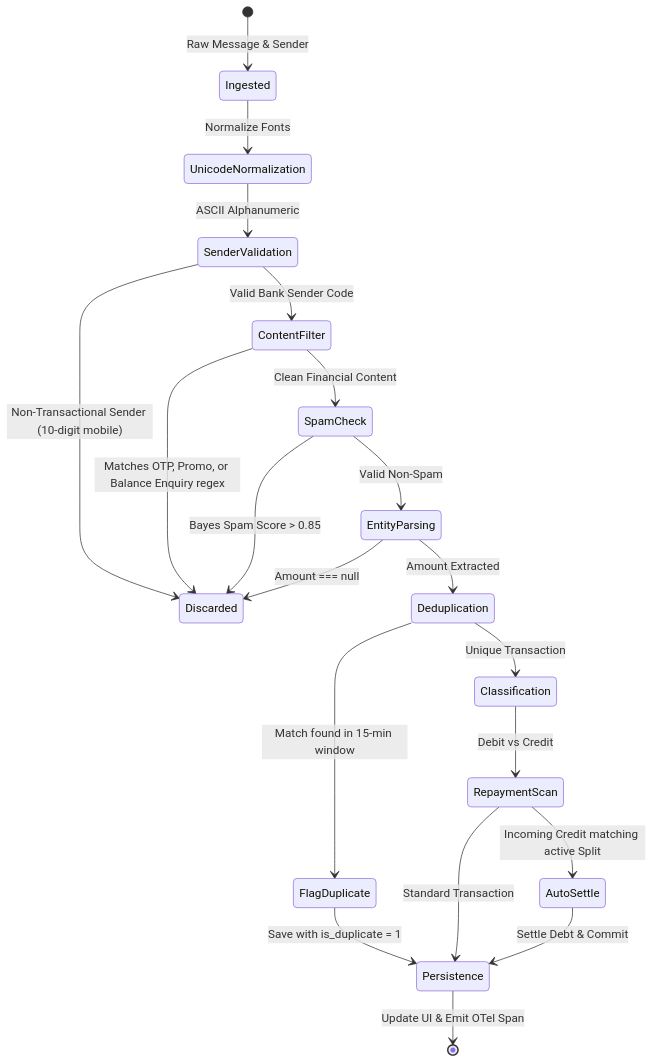
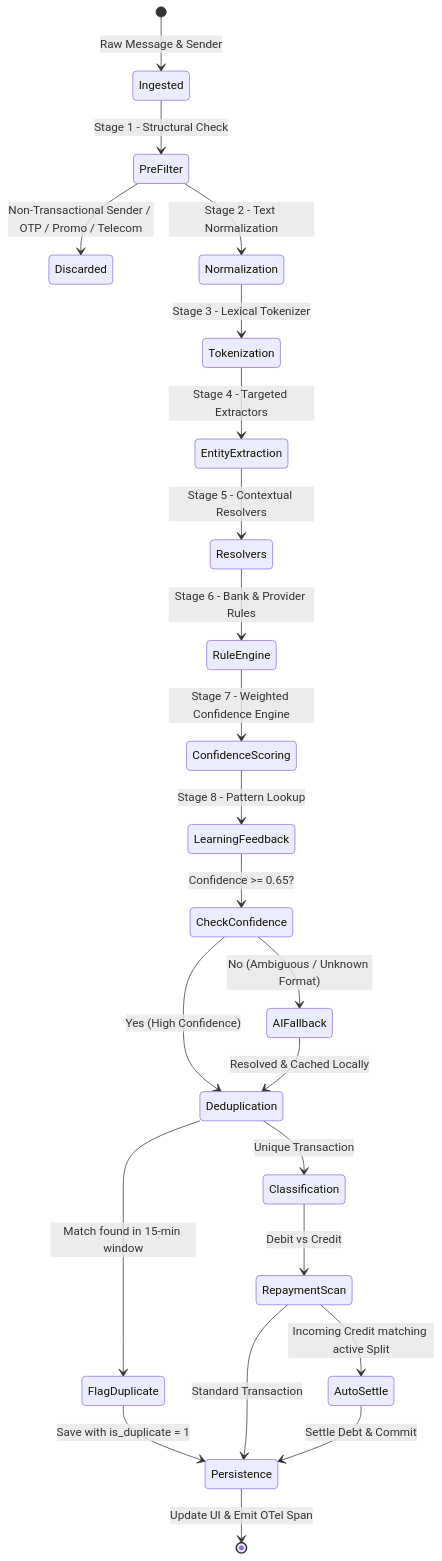
Before and after one commit to GangSagar/expenses-tracker-app: the third of 4 diagrams in docs/ARCHITECTURE.md, drawn with Mermaid. The commit also changed other lines of this file and 7 other files, not shown here.

First line of the commit message:
docs: update architectural specifications, PRD, TRD, and roadmap

````diff
--- a/docs/ARCHITECTURE.md
+++ b/docs/ARCHITECTURE.md
@@ -158,30 +229,33 @@
 ```mermaid
 stateDiagram-v2
     [*] --> Ingested: Raw Message & Sender
-    Ingested --> UnicodeNormalization: Normalize Fonts
-    UnicodeNormalization --> SenderValidation: ASCII Alphanumeric
+    Ingested --> PreFilter: Stage 1 - Structural Check
+    PreFilter --> Discarded: Non-Transactional Sender / OTP / Promo / Telecom
     
-    SenderValidation --> Discarded: Non-Transactional Sender (10-digit mobile)
-    SenderValidation --> ContentFilter: Valid Bank Sender Code
+    PreFilter --> Normalization: Stage 2 - Text Normalization
+    Normalization --> Tokenization: Stage 3 - Lexical Tokenizer
+    Tokenization --> EntityExtraction: Stage 4 - Targeted Extractors
     
-    ContentFilter --> Discarded: Matches OTP, Promo, or Balance Enquiry regex
-    ContentFilter --> SpamCheck: Clean Financial Content
+    EntityExtraction --> Resolvers: Stage 5 - Contextual Resolvers
+    Resolvers --> RuleEngine: Stage 6 - Bank & Provider Rules
+    RuleEngine --> ConfidenceScoring: Stage 7 - Weighted Confidence Engine
     
-    SpamCheck --> Discarded: Bayes Spam Score > 0.85
-    SpamCheck --> EntityParsing: Valid Non-Spam
+    ConfidenceScoring --> LearningFeedback: Stage 8 - Pattern Lookup
+    LearningFeedback --> CheckConfidence: Confidence >= 0.65?
     
-    EntityParsing --> Discarded: Amount === null
-    EntityParsing --> Deduplication: Amount Extracted
+    CheckConfidence --> Deduplication: Yes (High Confidence)
+    CheckConfidence --> AIFallback: No (Ambiguous / Unknown Format)
+    AIFallback --> Deduplication: Resolved & Cached Locally
     
     Deduplication --> FlagDuplicate: Match found in 15-min window
     Deduplication --> Classification: Unique Transaction
     
     FlagDuplicate --> Persistence: Save with is_duplicate = 1
     Classification --> RepaymentScan: Debit vs Credit
     
     RepaymentScan --> AutoSettle: Incoming Credit matching active Split
     RepaymentScan --> Persistence: Standard Transaction
     
     AutoSettle --> Persistence: Settle Debt & Commit
     Persistence --> [*]: Update UI & Emit OTel Span
 ```
````
